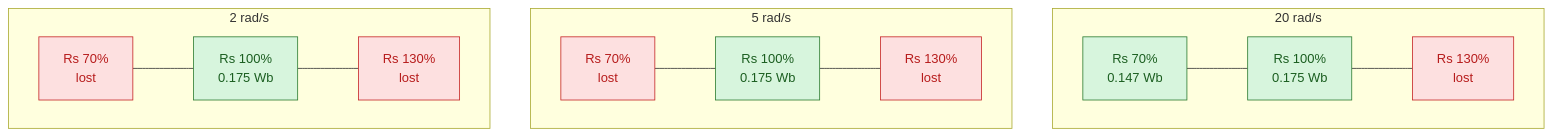
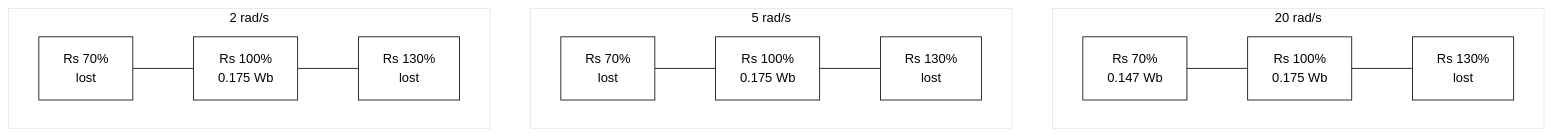
Before and after one commit to kunalkushwahatg/Direct-torque-control-of-PMSM-motor: the second of 2 diagrams in experiments/exp02_robustness/README.md, drawn with Mermaid. The commit also changed other lines of this file and 6 other files, not shown here.

Commit message:
Make Mermaid diagrams monochrome with straight edges

````diff
--- a/experiments/exp02_robustness/README.md
+++ b/experiments/exp02_robustness/README.md
@@ -85,19 +86,16 @@
 ```mermaid
+%%{init: {'theme': 'base', 'themeVariables': {'primaryColor': '#ffffff', 'primaryTextColor': '#000000', 'primaryBorderColor': '#000000', 'lineColor': '#000000', 'secondaryColor': '#ffffff', 'tertiaryColor': '#ffffff', 'fontFamily': 'Helvetica'}, 'flowchart': {'curve': 'linear'}} }%%
 flowchart TB
     subgraph S20["20 rad/s"]
         direction LR
         A1["Rs 70%<br/>0.147 Wb"] --- A2["Rs 100%<br/>0.175 Wb"] --- A3["Rs 130%<br/>lost"]
     end
     subgraph S5["5 rad/s"]
         direction LR
         B1["Rs 70%<br/>lost"] --- B2["Rs 100%<br/>0.175 Wb"] --- B3["Rs 130%<br/>lost"]
     end
     subgraph S2["2 rad/s"]
         direction LR
         C1["Rs 70%<br/>lost"] --- C2["Rs 100%<br/>0.175 Wb"] --- C3["Rs 130%<br/>lost"]
     end
-    classDef ok fill:#d7f5dd,stroke:#2e7d32,color:#1b5e20;
-    classDef bad fill:#fde0e0,stroke:#c62828,color:#b71c1c;
-    class A1,A2,B2,C2 ok;
-    class A3,B1,B3,C1,C3 bad;
 ```
````
